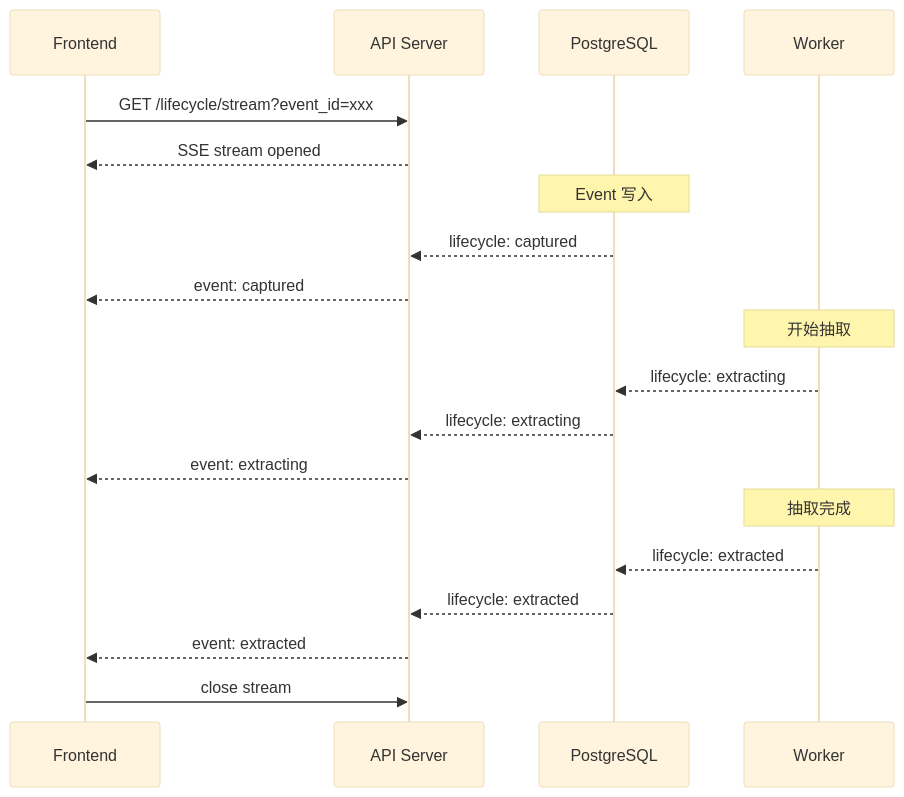
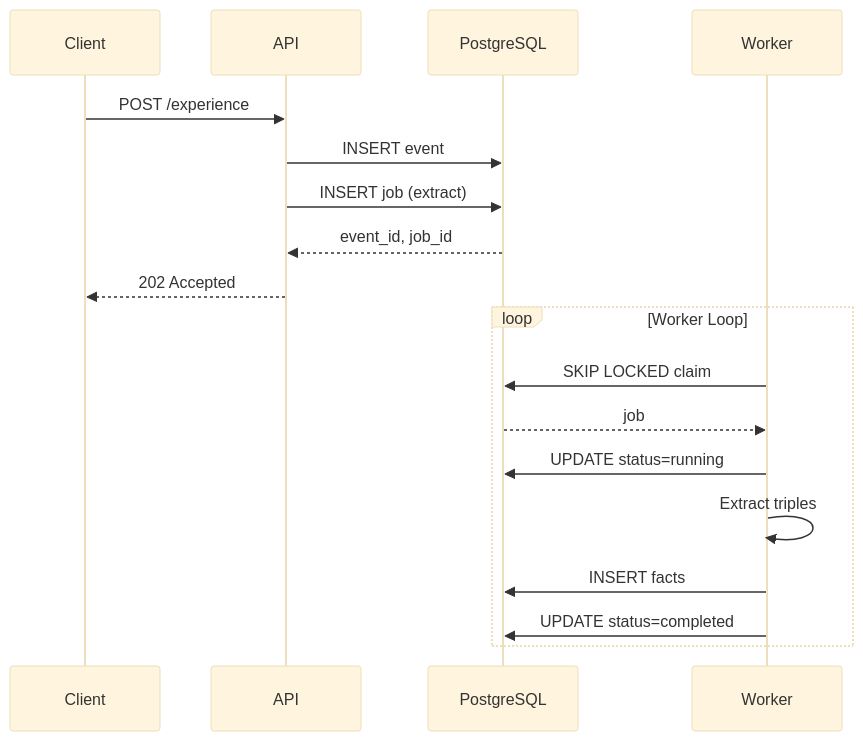
Before and after one commit to pty819/cortex-py-book: the fourth of 4 diagrams in source/chapters/03-wal-and-events.md, drawn with Mermaid (base theme). The commit also changed other lines of this file and 18 other files, not shown here.

First line of the commit message:
docs: refresh book with latest cortex-py architecture

````diff
--- a/source/chapters/03-wal-and-events.md
+++ b/source/chapters/03-wal-and-events.md
@@ -222,26 +234,22 @@
 ```{mermaid}
 sequenceDiagram
-    participant F as Frontend
-    participant API as API Server
+    participant C as Client
+    participant API as API
     participant DB as PostgreSQL
     participant W as Worker
     
-    F->>API: GET /lifecycle/stream?event_id=xxx
-    API-->>F: SSE stream opened
+    C->>API: POST /experience
+    API->>DB: INSERT event
+    API->>DB: INSERT job (extract)
+    DB-->>API: event_id, job_id
+    API-->>C: 202 Accepted
     
-    Note over DB: Event 写入
-    DB-->>API: lifecycle: captured
-    API-->>F: event: captured
-    
-    Note over W: 开始抽取
-    W-->>DB: lifecycle: extracting
-    DB-->>API: lifecycle: extracting
-    API-->>F: event: extracting
-    
-    Note over W: 抽取完成
-    W-->>DB: lifecycle: extracted
-    DB-->>API: lifecycle: extracted
-    API-->>F: event: extracted
-    
-    F->>API: close stream
+    loop Worker Loop
+        W->>DB: SKIP LOCKED claim
+        DB-->>W: job
+        W->>DB: UPDATE status=running
+        W->>W: Extract triples
+        W->>DB: INSERT facts
+        W->>DB: UPDATE status=completed
+    end
 ```
````
